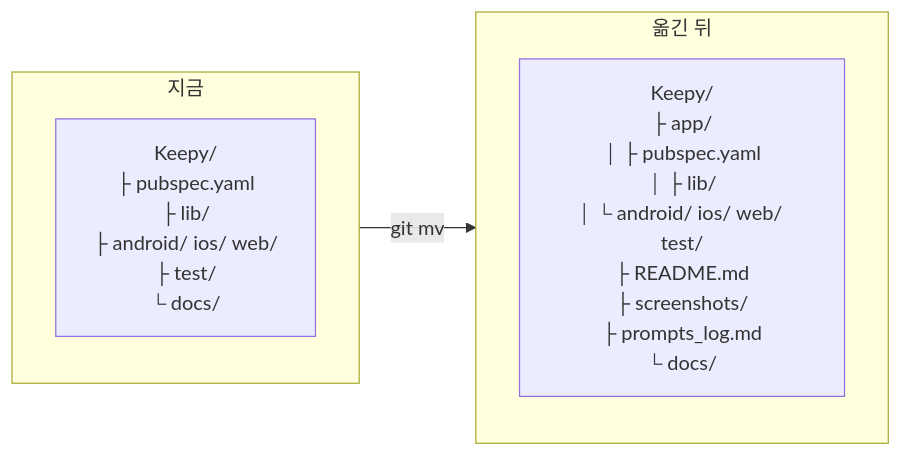
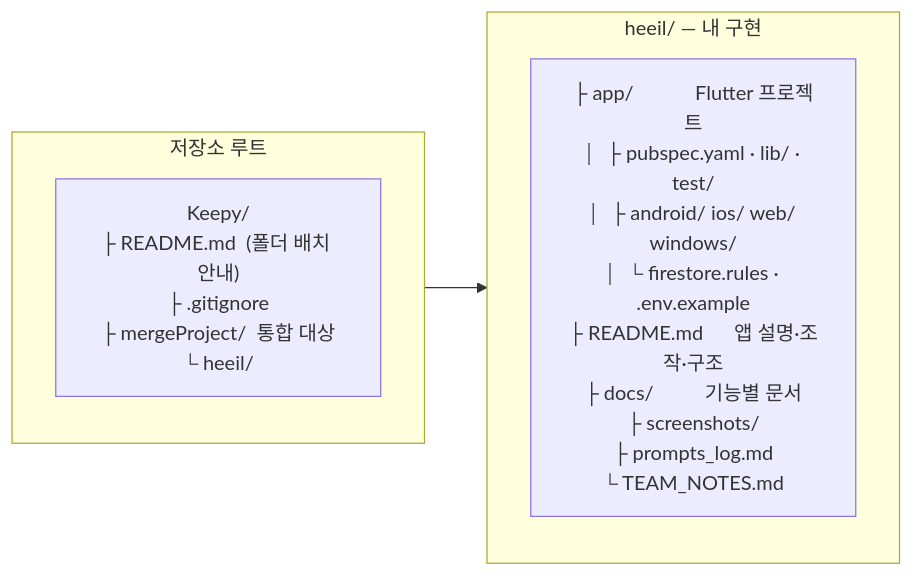
The third of 3 diagrams in heeil/docs/STATUS.md (chohk1003/Keepy), drawn with Mermaid before and after one commit. The commit also changed other lines of this file and 3 other files, not shown here.

First line of the commit message:
문서: heeil/app 폴더 정비 결과 반영

````diff
--- a/heeil/docs/STATUS.md
+++ b/heeil/docs/STATUS.md
@@ -73,10 +74,10 @@
 ```mermaid
 flowchart LR
-    subgraph NOW["지금"]
-        N1["Keepy/<br/>├ pubspec.yaml<br/>├ lib/<br/>├ android/ ios/ web/<br/>├ test/<br/>└ docs/"]
+    subgraph REPO["저장소 루트"]
+        R1["Keepy/<br/>├ README.md  (폴더 배치 안내)<br/>├ .gitignore<br/>├ mergeProject/  통합 대상<br/>└ heeil/"]
     end
-    subgraph TARGET["옮긴 뒤"]
-        T1["Keepy/<br/>├ app/<br/>│ ├ pubspec.yaml<br/>│ ├ lib/<br/>│ └ android/ ios/ web/ test/<br/>├ README.md<br/>├ screenshots/<br/>├ prompts_log.md<br/>└ docs/"]
+    subgraph MINE["heeil/ — 내 구현"]
+        M1["├ app/            Flutter 프로젝트<br/>│  ├ pubspec.yaml · lib/ · test/<br/>│  ├ android/ ios/ web/ windows/<br/>│  └ firestore.rules · .env.example<br/>├ README.md      앱 설명·조작·구조<br/>├ docs/          기능별 문서<br/>├ screenshots/<br/>├ prompts_log.md<br/>└ TEAM_NOTES.md"]
     end
-    NOW -->|git mv| TARGET
+    REPO --> MINE
 ```
````
